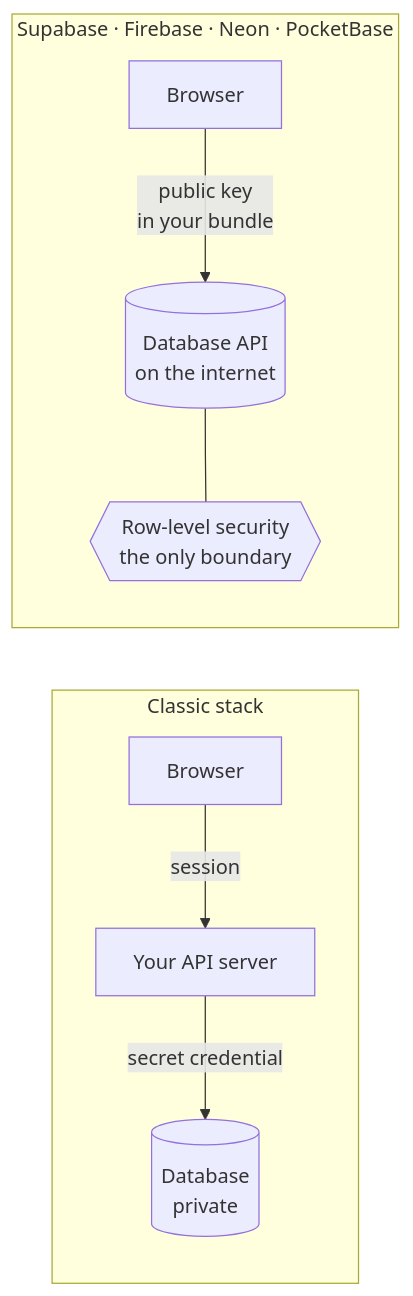
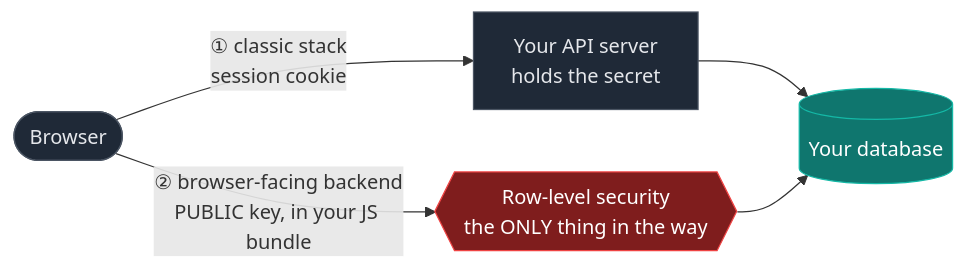
Before and after one commit to eppser/unruly: the diagram in README.md, drawn with Mermaid. The commit also changed other lines of this file and 1 other file, not shown here.

````diff
--- a/README.md
+++ b/README.md
@@ -34,11 +34,12 @@
 ```mermaid
 flowchart LR
-    subgraph T["Classic stack"]
-        B1[Browser] -->|session| A1[Your API server]
-        A1 -->|secret credential| D1[(Database<br/>private)]
-    end
-    subgraph U["Supabase · Firebase · Neon · PocketBase"]
-        B2[Browser] -->|public key<br/>in your bundle| D2[(Database API<br/>on the internet)]
-        D2 --- R{{"Row-level security<br/>the only boundary"}}
-    end
+    B([Browser]):::n
+    B -->|"① classic stack<br/>session cookie"| API[Your API server<br/>holds the secret]:::n
+    API --> DB[("Your database")]:::db
+    B -->|"② browser-facing backend<br/>PUBLIC key, in your JS bundle"| RLS{{"Row-level security<br/>the ONLY thing in the way"}}:::g
+    RLS --> DB
+
+    classDef n fill:#1f2937,stroke:#4b5563,color:#e5e7eb
+    classDef db fill:#0f766e,stroke:#14b8a6,color:#ffffff
+    classDef g fill:#7f1d1d,stroke:#ef4444,color:#ffffff
 ```
````
